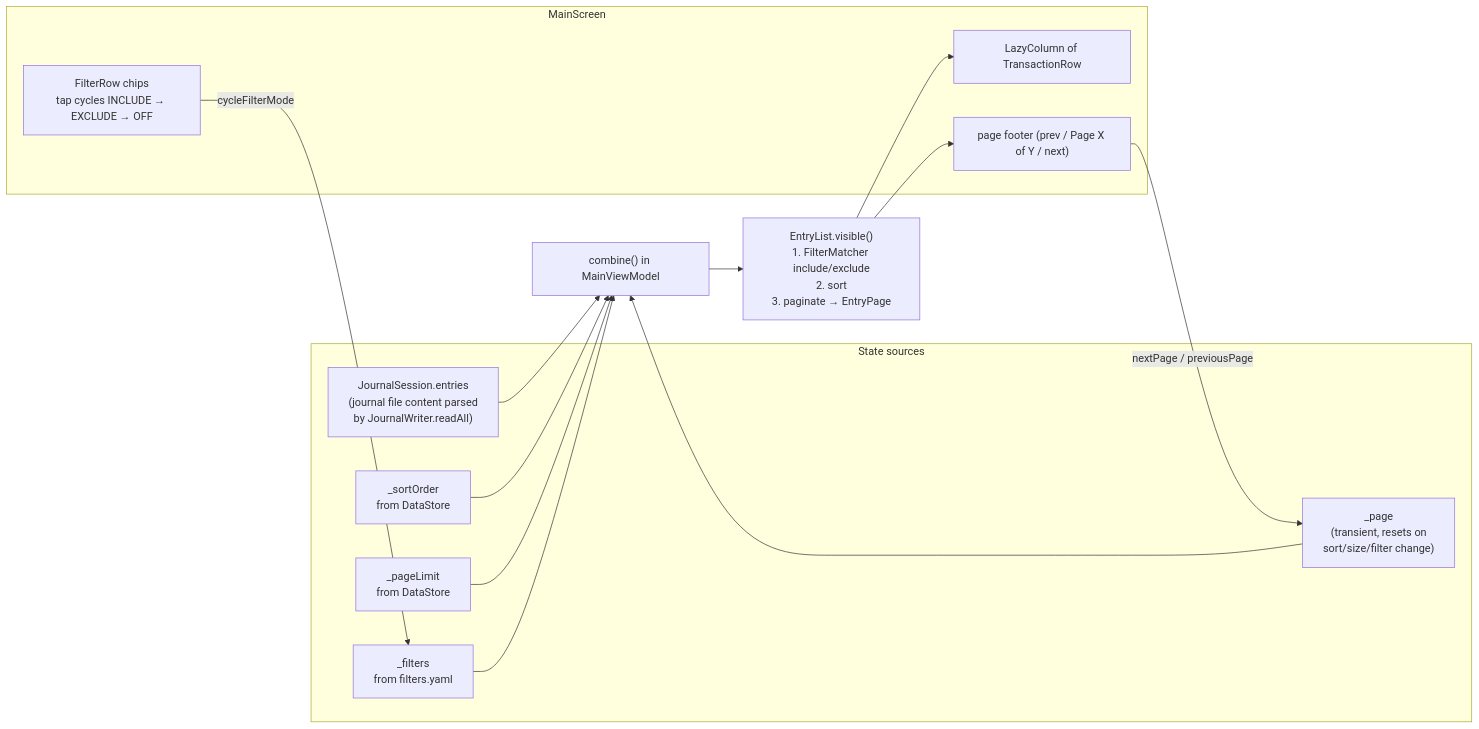
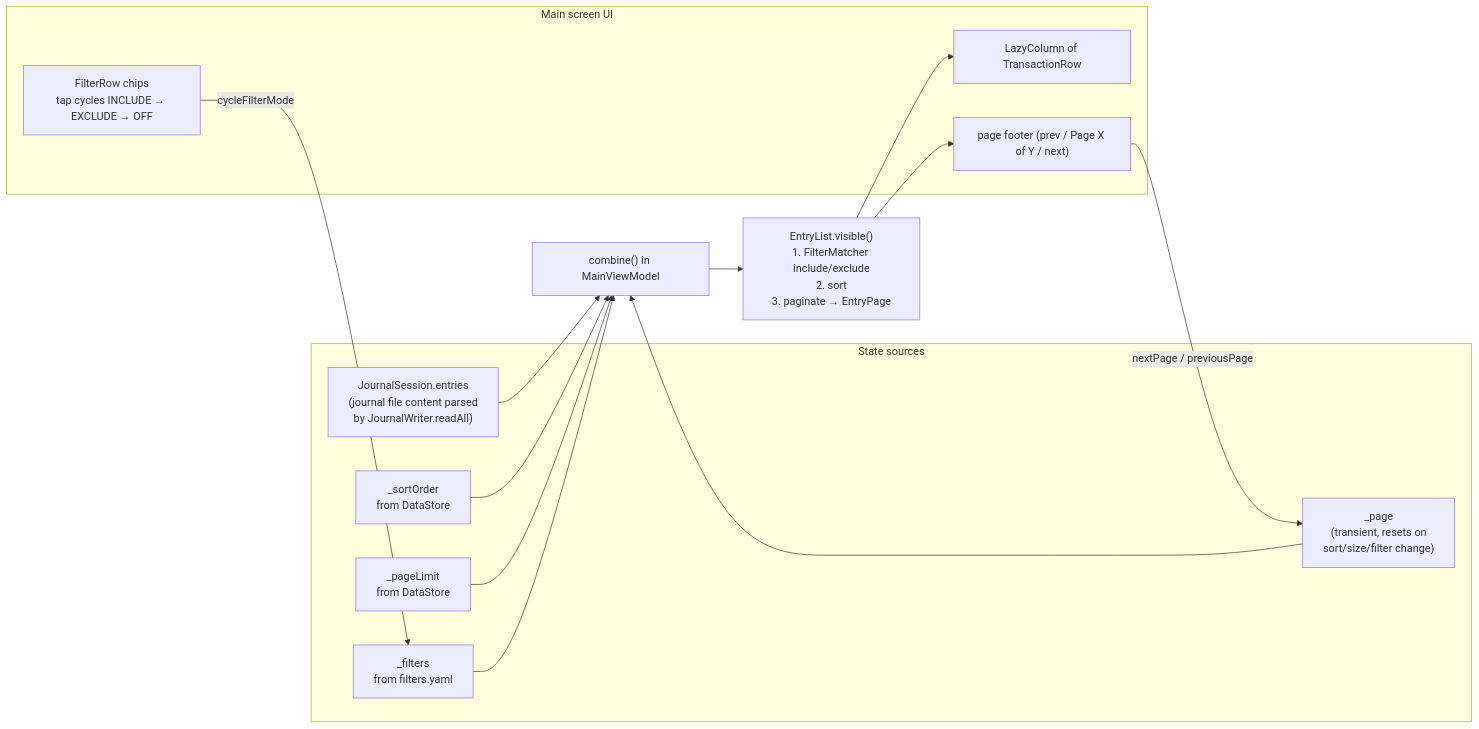
One commit to ukizet/NotifLedger changed the fourth of 8 diagrams in docs/architecture.md. Above: the diagram before and after it, drawn with Mermaid. The commit also changed other lines of this file, not shown here.

Commit message:
document Main screen file split in architecture.md

````diff
--- a/docs/architecture.md
+++ b/docs/architecture.md
@@ -163,29 +163,29 @@
 ```mermaid
 flowchart LR
     subgraph sources["State sources"]
         entries["JournalSession.entries<br/>(journal file content parsed<br/>by JournalWriter.readAll)"]
         sort["_sortOrder<br/>from DataStore"]
         limit["_pageLimit<br/>from DataStore"]
         filters["_filters<br/>from filters.yaml"]
         page["_page<br/>(transient, resets on<br/>sort/size/filter change)"]
     end
 
     combine["combine() in MainViewModel"]
     visible["EntryList.visible()<br/>1. FilterMatcher include/exclude<br/>2. sort<br/>3. paginate → EntryPage"]
 
-    subgraph screen["MainScreen"]
+    subgraph screen["Main screen UI"]
         list["LazyColumn of TransactionRow"]
         pager["page footer (prev / Page X of Y / next)"]
         chips["FilterRow chips<br/>tap cycles INCLUDE → EXCLUDE → OFF"]
     end
 
     entries --> combine
     sort --> combine
     limit --> combine
     filters --> combine
     page --> combine
     combine --> visible --> list
     visible --> pager
     chips -->|cycleFilterMode| filters
     pager -->|nextPage / previousPage| page
 ```
````
